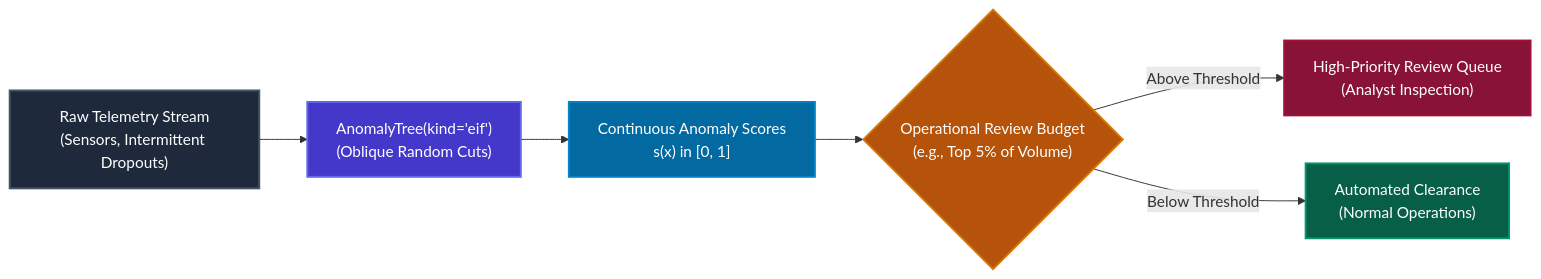
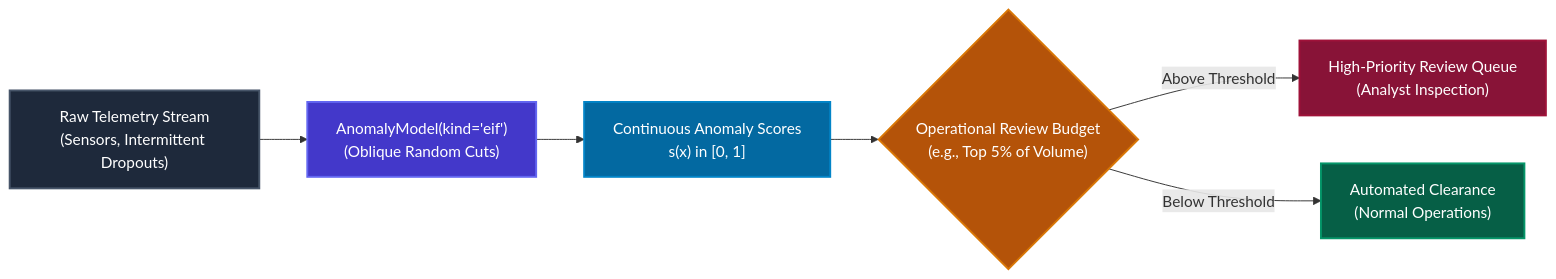
The diagram in docs/guides/anomaly.md (jkapila/mltreelib), drawn with Mermaid before and after one commit. The commit also changed other lines of this file and 55 other files, not shown here.

````diff
--- a/docs/guides/anomaly.md
+++ b/docs/guides/anomaly.md
@@ -5,22 +5,22 @@
 ```mermaid
 flowchart LR
-    A["Raw Telemetry Stream\n(Sensors, Intermittent Dropouts)"] --> B["AnomalyTree(kind='eif')\n(Oblique Random Cuts)"]
+    A["Raw Telemetry Stream\n(Sensors, Intermittent Dropouts)"] --> B["AnomalyModel(kind='eif')\n(Oblique Random Cuts)"]
     B --> C["Continuous Anomaly Scores\ns(x) in [0, 1]"]
     C --> D{"Operational Review Budget\n(e.g., Top 5% of Volume)"}
     D -- "Above Threshold" --> E["High-Priority Review Queue\n(Analyst Inspection)"]
     D -- "Below Threshold" --> F["Automated Clearance\n(Normal Operations)"]
 
     classDef dataBox fill:#1e293b,stroke:#475569,stroke-width:2px,color:#ffffff;
     classDef engineBox fill:#4338ca,stroke:#6366f1,stroke-width:2px,color:#ffffff;
     classDef scoreBox fill:#0369a1,stroke:#0284c7,stroke-width:2px,color:#ffffff;
     classDef gateBox fill:#b45309,stroke:#d97706,stroke-width:2px,color:#ffffff;
     classDef alertBox fill:#881337,stroke:#9f1239,stroke-width:2px,color:#ffffff;
     classDef passBox fill:#065f46,stroke:#059669,stroke-width:2px,color:#ffffff;
 
     class A dataBox;
     class B engineBox;
     class C scoreBox;
     class D gateBox;
     class E alertBox;
     class F passBox;
 ```
````
